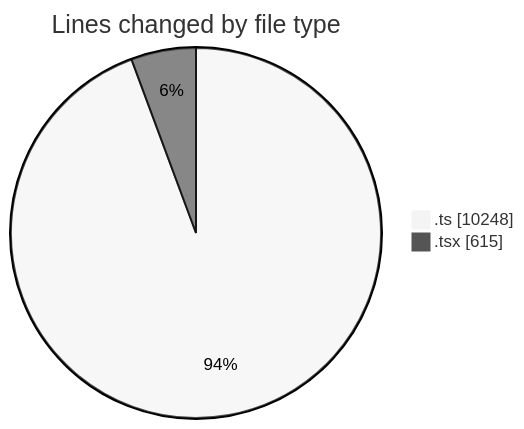
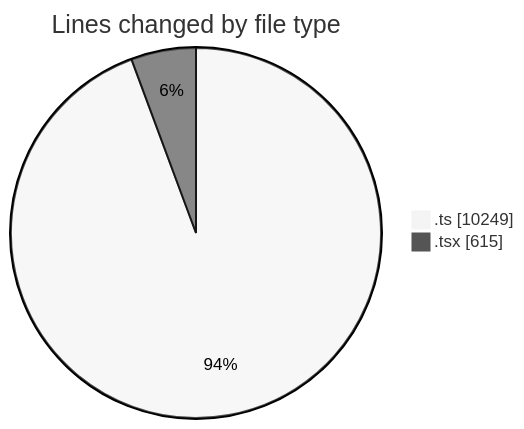
One commit to momahboobian/code-tracking changed the first of 2 diagrams in 2025-06-23/cda/README.md. Above: the diagram before and after it, drawn with Mermaid (neutral theme). The commit also changed other lines of this file and 1 other file, not shown here.

````diff
--- a/2025-06-23/cda/README.md
+++ b/2025-06-23/cda/README.md
@@ -24,6 +24,6 @@
 ```mermaid
 pie showData
 title Lines changed by file type
-".ts" : 10248
+".ts" : 10249
 ".tsx" : 615
 ```
````
